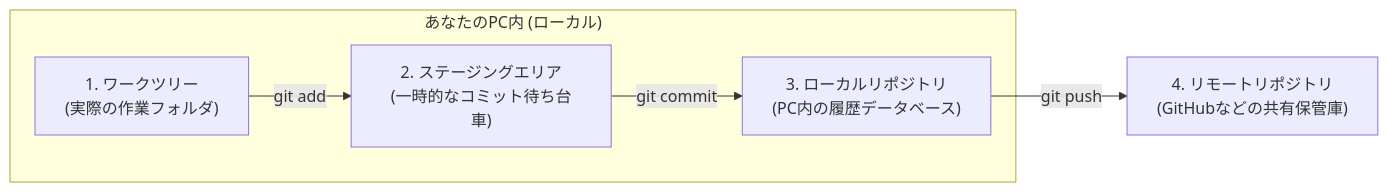
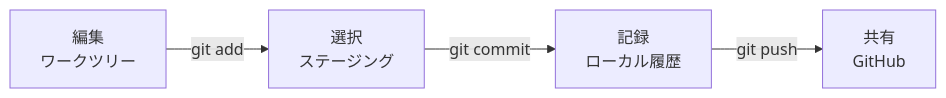
Before and after one commit to shinp-dev/zero-to-one-git: the diagram in md/02_git_basic_concepts.md, drawn with Mermaid. The commit also changed other lines of this file and 12 other files, not shown here.

````diff
--- a/md/02_git_basic_concepts.md
+++ b/md/02_git_basic_concepts.md
@@ -11,8 +9,6 @@
 ```mermaid
-graph LR
-    subgraph Local ["あなたのPC内 (ローカル)"]
-        A["1. ワークツリー<br>(実際の作業フォルダ)"] -- "git add" --> B["2. ステージングエリア<br>(一時的なコミット待ち台車)"]
-        B -- "git commit" --> C["3. ローカルリポジトリ<br>(PC内の履歴データベース)"]
-    end
-    C -- "git push" --> D["4. リモートリポジトリ<br>(GitHubなどの共有保管庫)"]
+flowchart LR
+    A["編集<br>ワークツリー"] -->|git add| B["選択<br>ステージング"]
+    B -->|git commit| C["記録<br>ローカル履歴"]
+    C -->|git push| D["共有<br>GitHub"]
 ```
````
